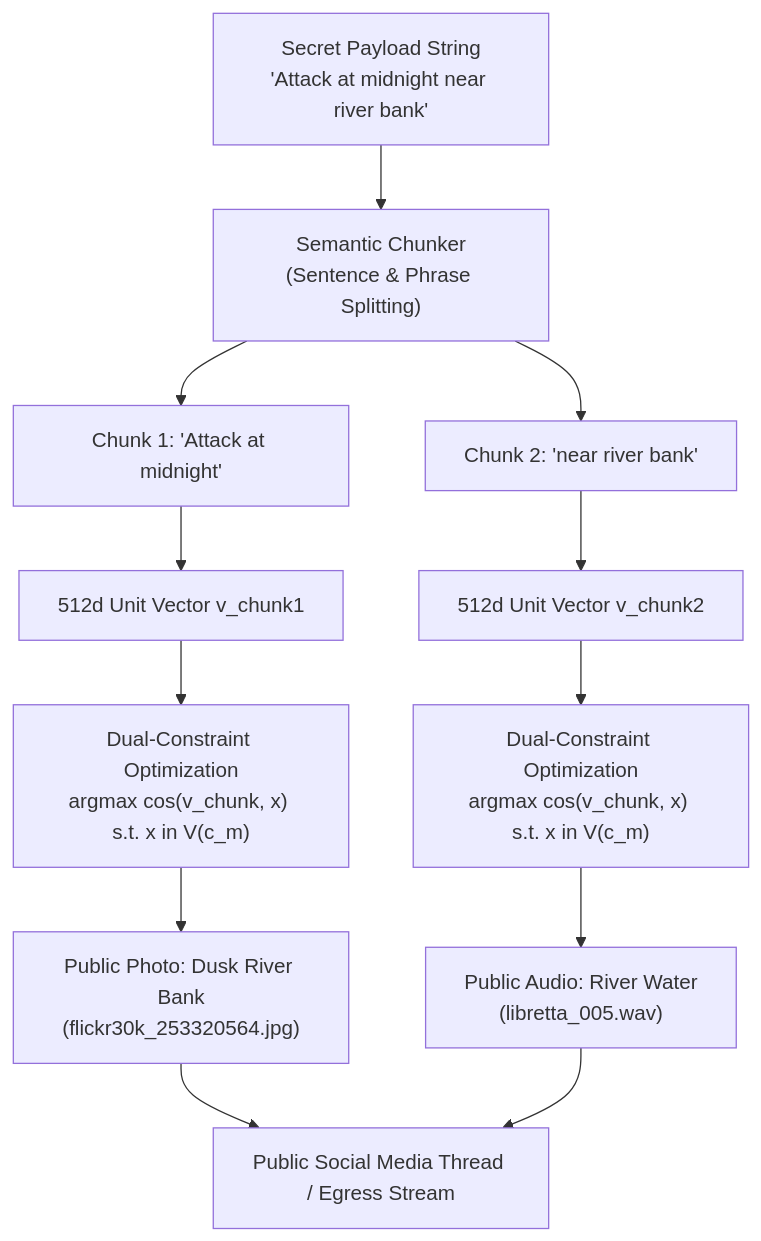
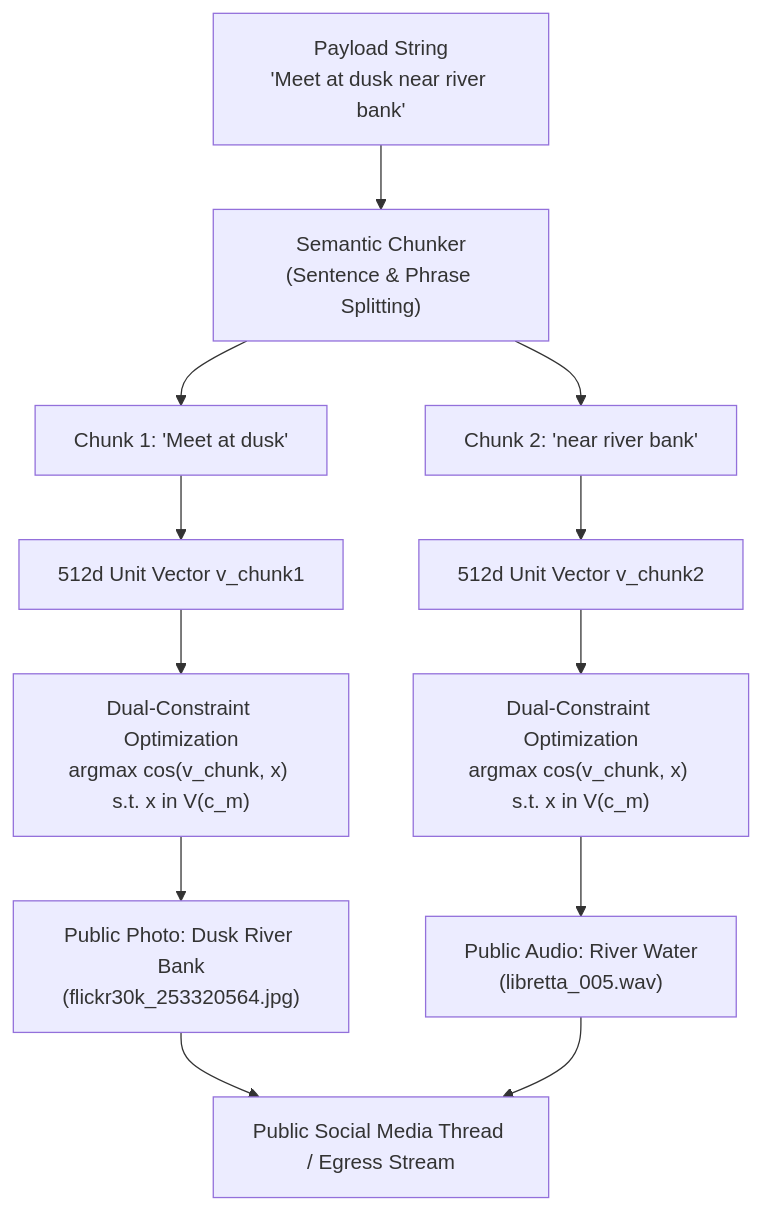
The first of 2 diagrams in docs/modules/04_SEMANTIC_CHUNKING_AND_CARRIER_SELECTION.md (jeevan4476/DCASS), drawn with Mermaid before and after one commit. The commit also changed other lines of this file and 36 other files, not shown here.

````diff
--- a/docs/modules/04_SEMANTIC_CHUNKING_AND_CARRIER_SELECTION.md
+++ b/docs/modules/04_SEMANTIC_CHUNKING_AND_CARRIER_SELECTION.md
@@ -21,18 +21,18 @@
 ```mermaid
 flowchart TD
-    SecretMsg["Secret Payload String\n'Attack at midnight near river bank'"] --> Chunker["Semantic Chunker\n(Sentence & Phrase Splitting)"]
-    Chunker --> Chunk1["Chunk 1: 'Attack at midnight'"]
+    SecretMsg["Payload String\n'Meet at dusk near river bank'"] --> Chunker["Semantic Chunker\n(Sentence & Phrase Splitting)"]
+    Chunker --> Chunk1["Chunk 1: 'Meet at dusk'"]
     Chunker --> Chunk2["Chunk 2: 'near river bank'"]
     
     Chunk1 --> Vec1["512d Unit Vector v_chunk1"]
     Chunk2 --> Vec2["512d Unit Vector v_chunk2"]
     
     Vec1 --> DualOpt1["Dual-Constraint Optimization\nargmax cos(v_chunk, x) s.t. x in V(c_m)"]
     Vec2 --> DualOpt2["Dual-Constraint Optimization\nargmax cos(v_chunk, x) s.t. x in V(c_m)"]
     
     DualOpt1 --> Item1["Public Photo: Dusk River Bank\n(flickr30k_253320564.jpg)"]
     DualOpt2 --> Item2["Public Audio: River Water\n(libretta_005.wav)"]
     
     Item1 --> PublicChannel["Public Social Media Thread / Egress Stream"]
     Item2 --> PublicChannel
 ```
````
